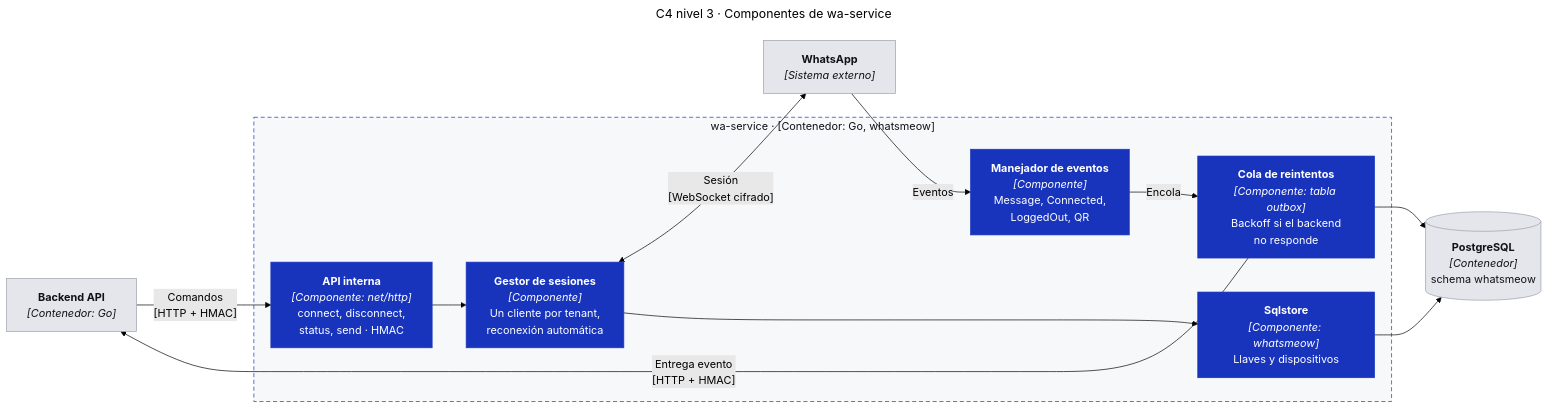
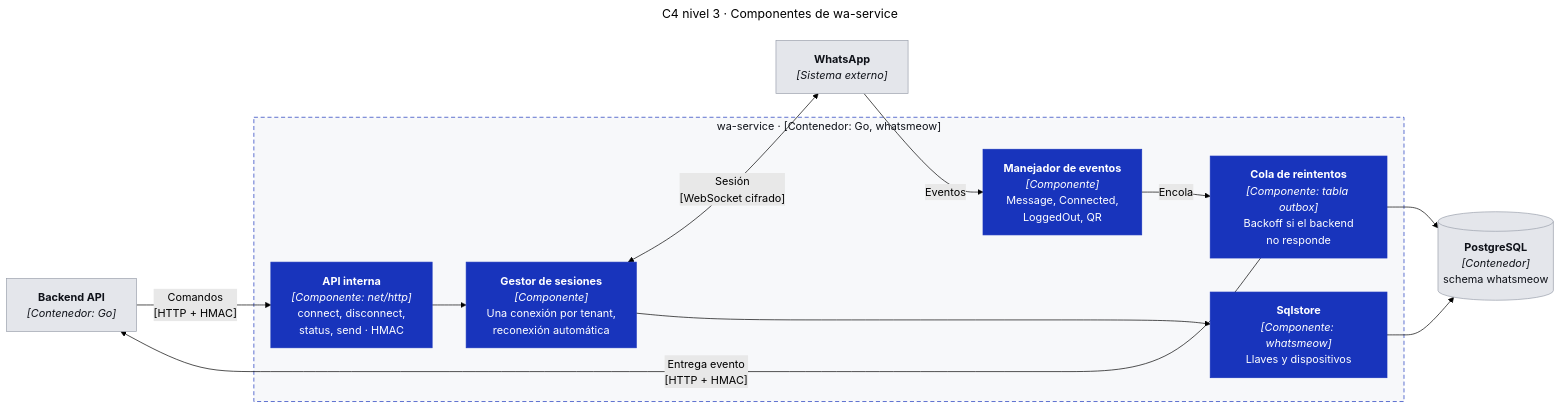
The diagram in docs/01-arquitectura/c4/c4-04-componentes-wa-service.md (GerardoGM14/app-tesis-chatbot), drawn with Mermaid (forest theme) before and after one commit. The commit also changed other lines of this file and 20 other files, not shown here.

````diff
--- a/docs/01-arquitectura/c4/c4-04-componentes-wa-service.md
+++ b/docs/01-arquitectura/c4/c4-04-componentes-wa-service.md
@@ -5,34 +5,34 @@
 ```mermaid
 ---
 title: "C4 nivel 3 · Componentes de wa-service"
 ---
 flowchart LR
   api["<b>Backend API</b><br/><i>[Contenedor: Go]</i>"]
   whatsapp["<b>WhatsApp</b><br/><i>[Sistema externo]</i>"]
 
   subgraph WA["wa-service · [Contenedor: Go, whatsmeow]"]
     http["<b>API interna</b><br/><i>[Componente: net/http]</i><br/>connect, disconnect,<br/>status, send · HMAC"]
-    manager["<b>Gestor de sesiones</b><br/><i>[Componente]</i><br/>Un cliente por tenant,<br/>reconexión automática"]
+    manager["<b>Gestor de sesiones</b><br/><i>[Componente]</i><br/>Una conexión por tenant,<br/>reconexión automática"]
     handler["<b>Manejador de eventos</b><br/><i>[Componente]</i><br/>Message, Connected,<br/>LoggedOut, QR"]
     outbox["<b>Cola de reintentos</b><br/><i>[Componente: tabla outbox]</i><br/>Backoff si el backend<br/>no responde"]
     store["<b>Sqlstore</b><br/><i>[Componente: whatsmeow]</i><br/>Llaves y dispositivos"]
   end
 
   db[("<b>PostgreSQL</b><br/><i>[Contenedor]</i><br/>schema whatsmeow")]
 
   api -- "Comandos<br/>[HTTP + HMAC]" --> http
   http --> manager
   manager <-- "Sesión<br/>[WebSocket cifrado]" --> whatsapp
   whatsapp -- "Eventos" --> handler
   handler -- "Encola" --> outbox
   outbox -- "Entrega evento<br/>[HTTP + HMAC]" --> api
   manager --> store
   store --> db
   outbox --> db
 
   classDef container fill:#E4E6EB,stroke:#9AA0AC,color:#0F1219
   classDef component fill:#1834BC,stroke:#1834BC,color:#FFFFFF
   class api,whatsapp,db container
   class http,manager,handler,outbox,store component
   style WA fill:#F7F8FA,stroke:#1834BC,stroke-dasharray:6 4,color:#0F1219
 ```
````
